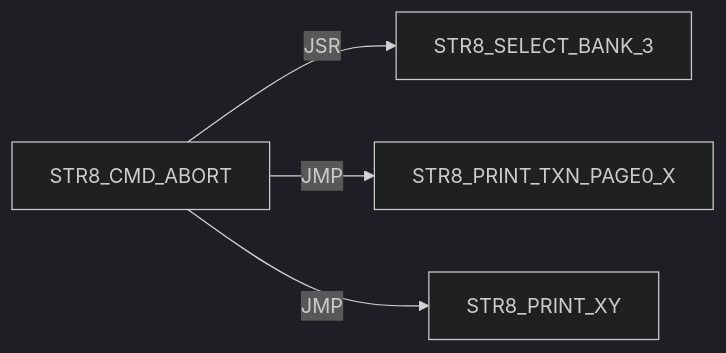
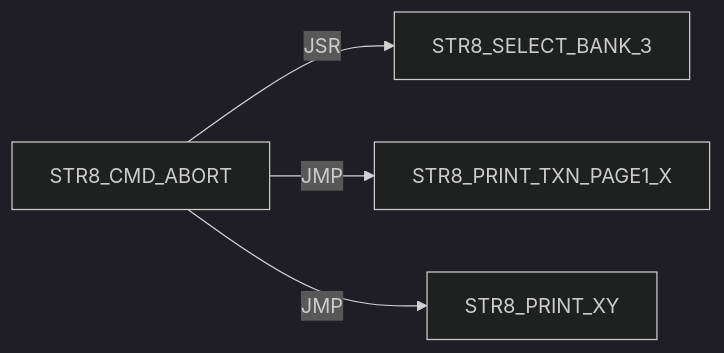
Diagram 34 of 43 in DOC/GUIDES/STR8/STR8_EDGE_DUMP.md (95westus/R-YORS), drawn with Mermaid (dark theme) before and after one commit. The commit also changed other lines of this file and 24 other files, not shown here.

````diff
--- a/DOC/GUIDES/STR8/STR8_EDGE_DUMP.md
+++ b/DOC/GUIDES/STR8/STR8_EDGE_DUMP.md
@@ -467,6 +470,6 @@
 ```mermaid
 flowchart LR
     N0["STR8_CMD_ABORT"] -->|JSR| N1["STR8_SELECT_BANK_3"]
-    N0["STR8_CMD_ABORT"] -->|JMP| N2["STR8_PRINT_TXN_PAGE0_X"]
+    N0["STR8_CMD_ABORT"] -->|JMP| N2["STR8_PRINT_TXN_PAGE1_X"]
     N0["STR8_CMD_ABORT"] -->|JMP| N3["STR8_PRINT_XY"]
 ```
````
